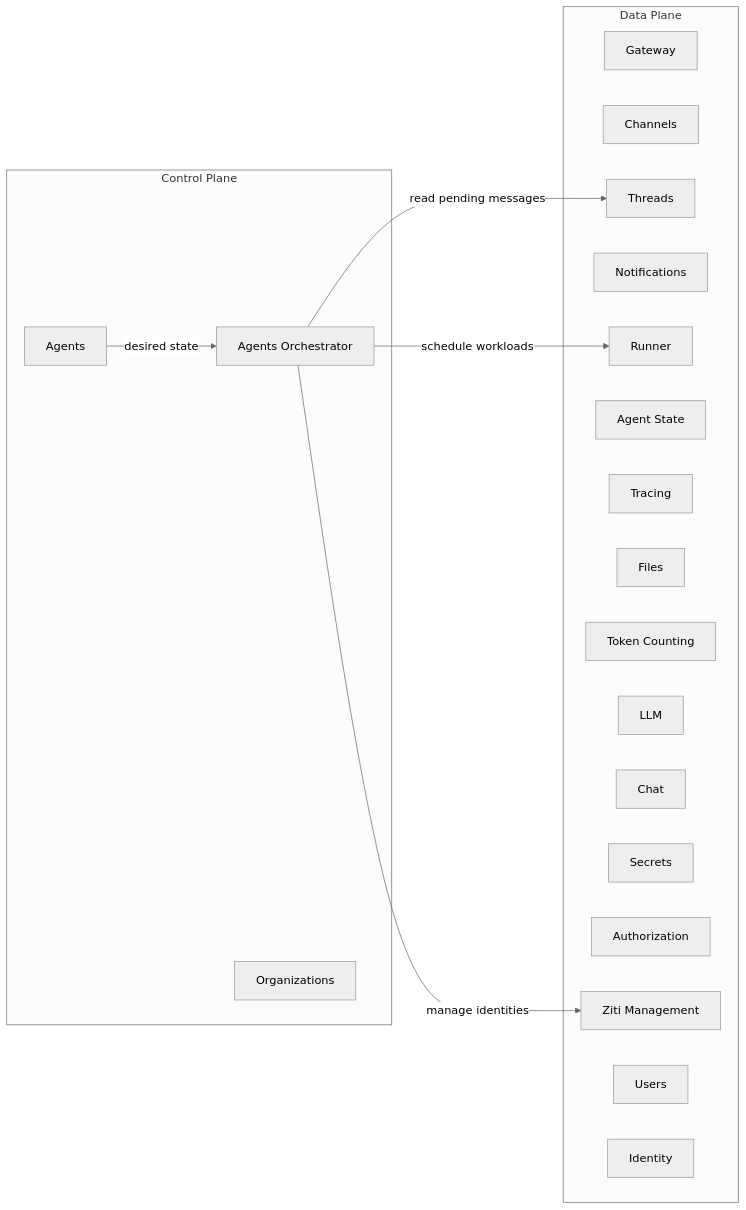
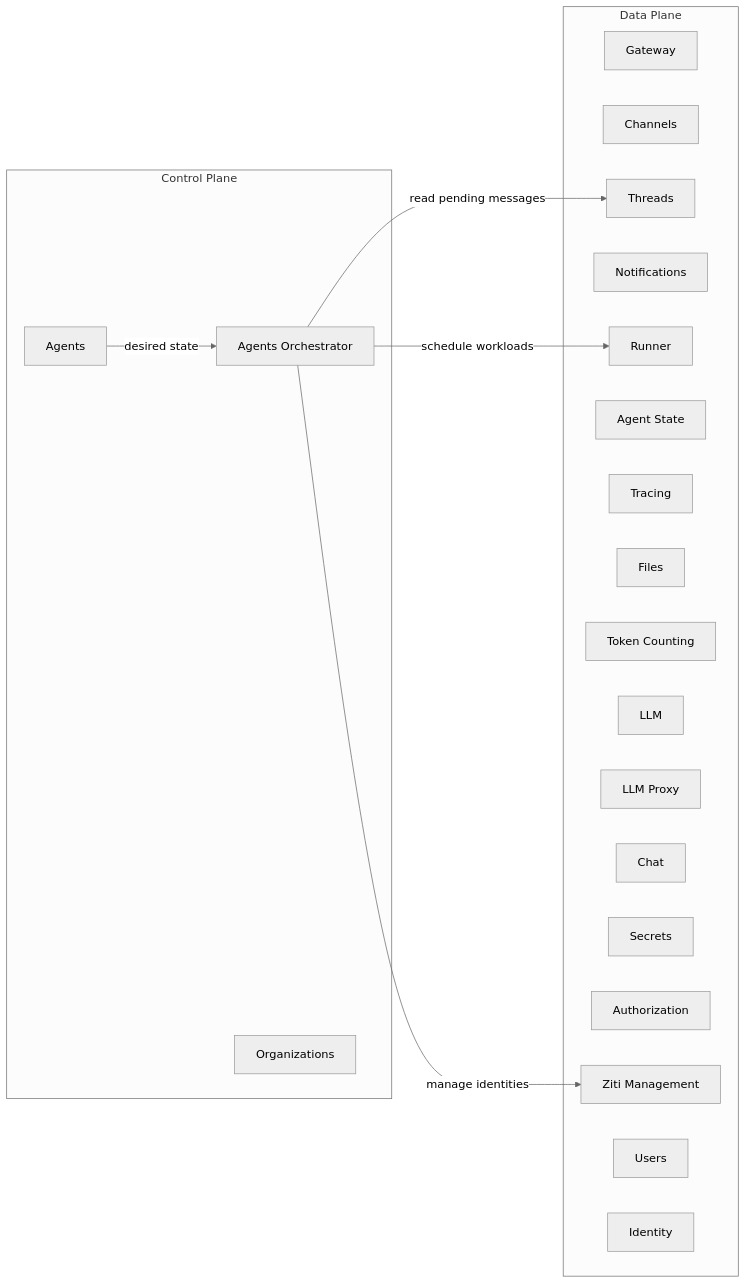
The first of 2 diagrams in architecture/control-data-plane.md (agynio/architecture), drawn with Mermaid (neutral theme) before and after one commit. The commit also changed other lines of this file and 12 other files, not shown here.

First line of the commit message:
Add LLM Proxy service architecture and update related docs

````diff
--- a/architecture/control-data-plane.md
+++ b/architecture/control-data-plane.md
@@ -21,32 +21,33 @@
 ```mermaid
 graph LR
     subgraph Control Plane
         Agents
         AgentsOrch[Agents Orchestrator]
         Organizations
     end
 
     subgraph Data Plane
         Gateway
         Channels
         Threads
         Notifications
         Runner
         AgentState[Agent State]
         Tracing
         Files
         TokenCounting[Token Counting]
         LLM
+        LLMProxy[LLM Proxy]
         Chat
         Secrets
         Authorization
         ZitiMgmt[Ziti Management]
         Users
         Identity
     end
 
     Agents -->|desired state| AgentsOrch
     AgentsOrch -->|schedule workloads| Runner
     AgentsOrch -->|manage identities| ZitiMgmt
     AgentsOrch -->|read pending messages| Threads
 ```
````
